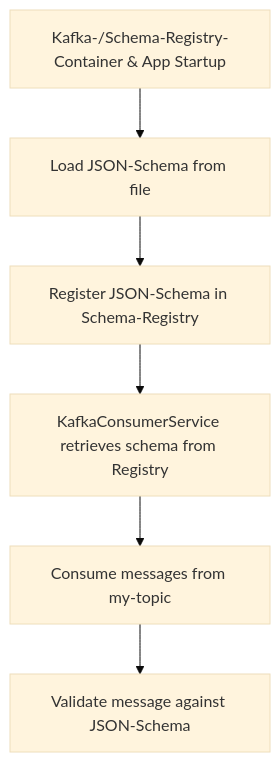
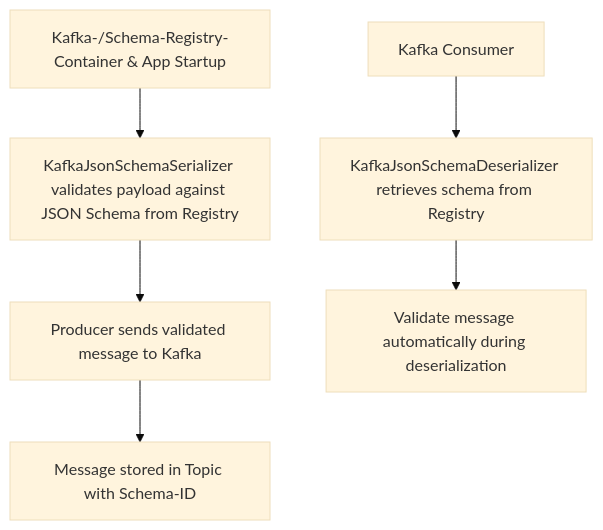
Before and after one commit to kayroone/kafka-schema-registry-poc: the diagram in README.md, drawn with Mermaid (base theme). The commit also changed other lines of this file, not shown here.

````diff
--- a/README.md
+++ b/README.md
@@ -7,8 +9,8 @@
 ```mermaid
 flowchart TD
-    D[Kafka-/Schema-Registry-Container & App Startup] --> D1[Load JSON Schema from file]
-    D1[Load JSON-Schema from file] --> D3[Register JSON-Schema in Schema-Registry]
-    D3 --> E[KafkaConsumerService retrieves schema from Registry]
-    E --> F[Consume messages from my-topic]
-    F --> G[Validate message against JSON-Schema]
+    A[Kafka-/Schema-Registry-Container & App Startup] --> B[KafkaJsonSchemaSerializer validates payload against JSON Schema from Registry]
+    B --> C[Producer sends validated message to Kafka]
+    C --> D[Message stored in Topic with Schema-ID]
+    E[Kafka Consumer] --> F[KafkaJsonSchemaDeserializer retrieves schema from Registry]
+    F --> G[Validate message automatically during deserialization]
 ```
````
